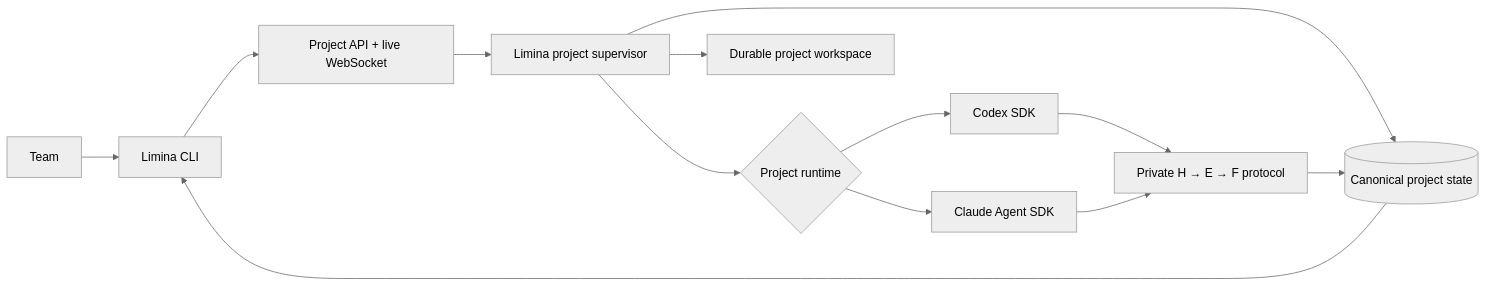
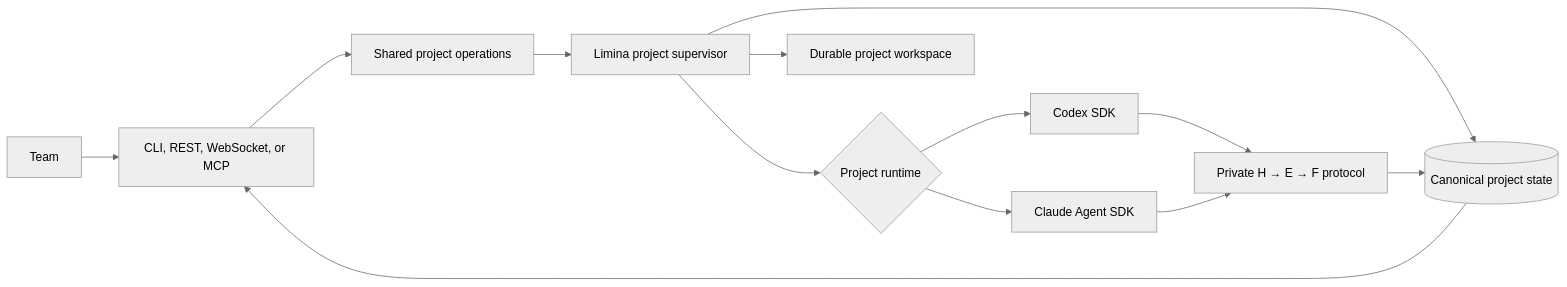
Before and after one commit to theam/autonomous-researcher: the diagram in README.md, drawn with Mermaid (neutral theme). The commit also changed other lines of this file and 15 other files, not shown here.

Commit message:
feat(api): expose projects through MCP

````diff
--- a/README.md
+++ b/README.md
@@ -246,15 +311,15 @@
 ```mermaid
 flowchart LR
-    Team["Team"] --> CLI["Limina CLI"]
-    CLI --> API["Project API + live WebSocket"]
+    Team["Team"] --> Interfaces["CLI, REST, WebSocket, or MCP"]
+    Interfaces --> API["Shared project operations"]
     API --> Supervisor["Limina project supervisor"]
     Supervisor --> Adapter{"Project runtime"}
     Adapter --> Codex["Codex SDK"]
     Adapter --> Claude["Claude Agent SDK"]
     Supervisor --> Workspace["Durable project workspace"]
     Supervisor --> DB[("Canonical project state")]
     Codex --> Knowledge["Private H → E → F protocol"]
     Claude --> Knowledge
     Knowledge --> DB
-    DB --> CLI
+    DB --> Interfaces
 ```
````
